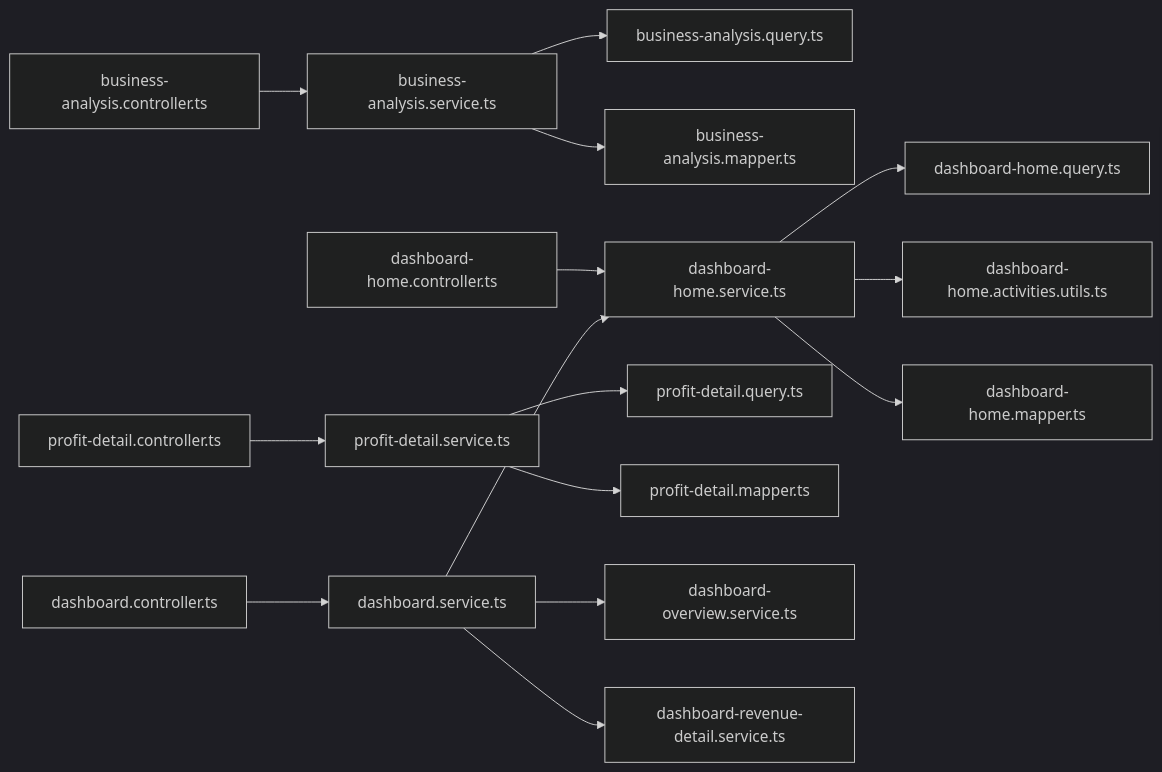
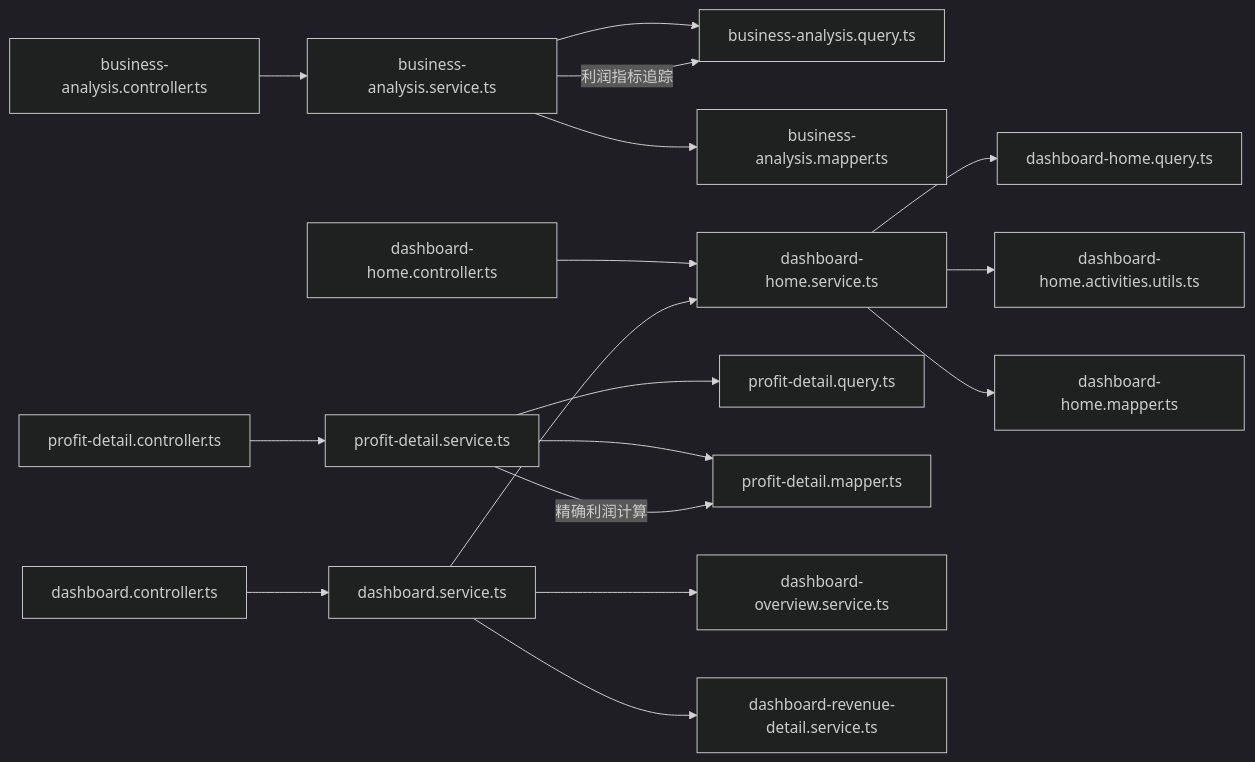
The seventh of 7 diagrams in .qoder/repowiki/zh/content/API 接口文档/仪表板分析接口.md (rc558620/purelyprofit-server), drawn with Mermaid (dark theme) before and after one commit. The commit also changed other lines of this file and 68 other files, not shown here.

````diff
--- a/.qoder/repowiki/zh/content/API 接口文档/仪表板分析接口.md
+++ b/.qoder/repowiki/zh/content/API 接口文档/仪表板分析接口.md
@@ -408,17 +427,19 @@
 ```mermaid
 graph LR
 BA_C["business-analysis.controller.ts"] --> BA_S["business-analysis.service.ts"]
 BA_S --> BA_Q["business-analysis.query.ts"]
 BA_S --> BA_M["business-analysis.mapper.ts"]
 DH_C["dashboard-home.controller.ts"] --> DH_S["dashboard-home.service.ts"]
 DH_S --> DH_Q["dashboard-home.query.ts"]
 DH_S --> DH_U["dashboard-home.activities.utils.ts"]
 DH_S --> DH_M["dashboard-home.mapper.ts"]
 PD_C["profit-detail.controller.ts"] --> PD_S["profit-detail.service.ts"]
 PD_S --> PD_Q["profit-detail.query.ts"]
 PD_S --> PD_M["profit-detail.mapper.ts"]
 PDC_C["dashboard.controller.ts"] --> PDC_S["dashboard.service.ts"]
 PDC_S --> DH_S
 PDC_S --> DOV["dashboard-overview.service.ts"]
 PDC_S --> DRD["dashboard-revenue-detail.service.ts"]
+PD_S --> |"精确利润计算"| PD_M
+BA_S --> |"利润指标追踪"| BA_Q
 ```
````
